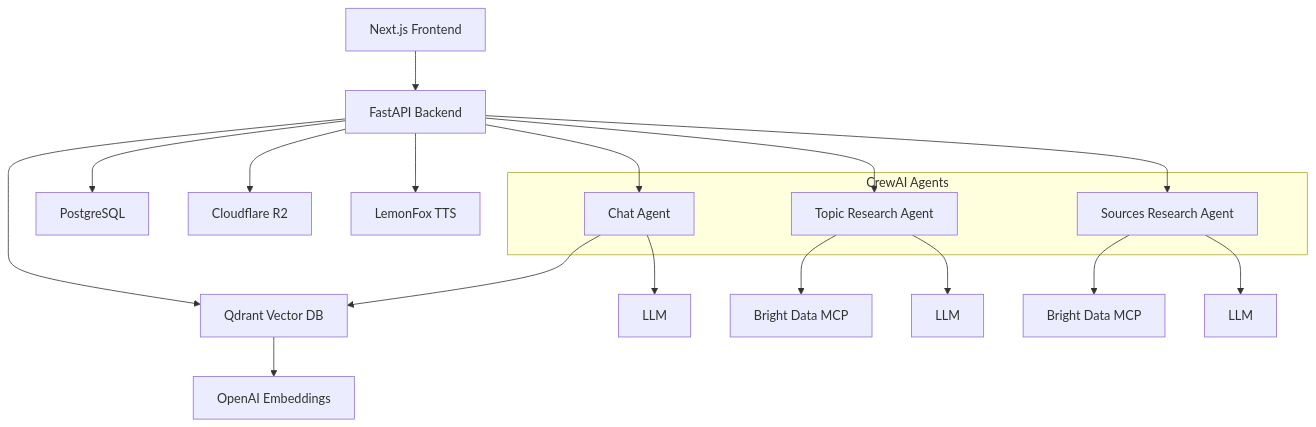
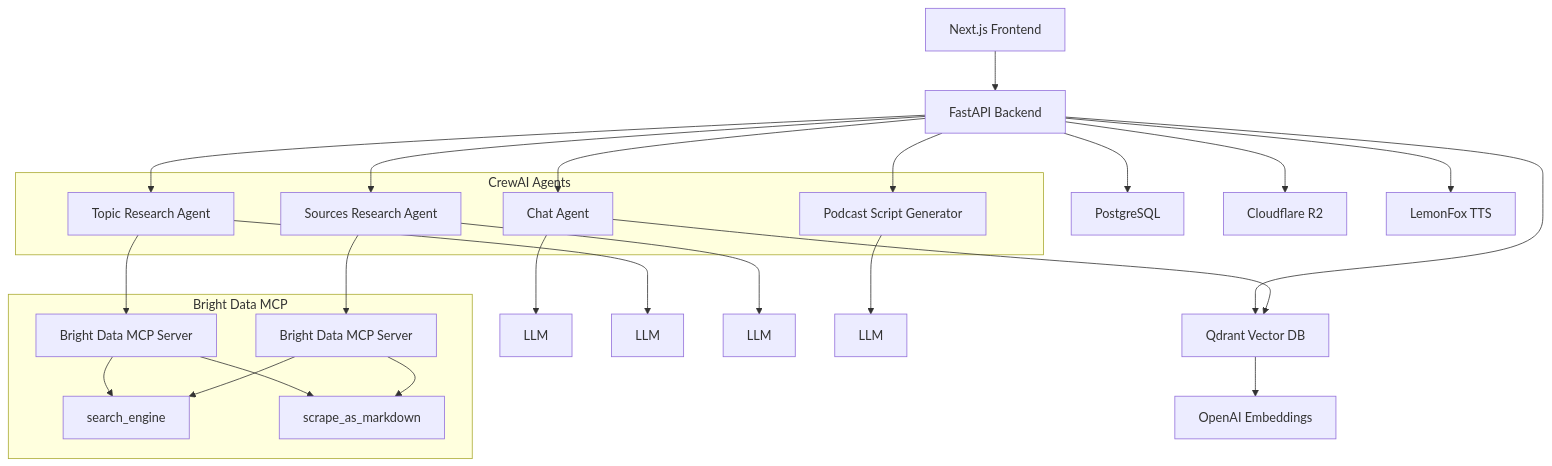
The diagram in README.md (nanagajui/decipher-research-agent), drawn with Mermaid before and after one commit. The commit also changed other lines of this file, not shown here.

Commit message:
Revise README to improve project overview, features, and installation instructions: Update architecture diagram to include Podcast Script Generator agent, enhance tech stack details, and clarify Bright Data MCP server setup for advanced web scraping capabilities.

````diff
--- a/README.md
+++ b/README.md
@@ -40,27 +40,37 @@
 ```mermaid
 graph TB
     A[Next.js Frontend] --> B[FastAPI Backend]
 
     subgraph CrewAI Agents
         C1[Chat Agent]
         C2[Topic Research Agent]
         C3[Sources Research Agent]
+        C4[Podcast Script Generator]
     end
 
     B --> C1
     B --> C2
     B --> C3
+    B --> C4
     B --> D[Qdrant Vector DB]
     B --> E[PostgreSQL]
     B --> F[Cloudflare R2]
     B --> H[LemonFox TTS]
 
     C1 --> D
     C1 --> I1[LLM]
-    C2 --> G1[Bright Data MCP]
+    C2 --> G1[Bright Data MCP Server]
     C2 --> I2[LLM]
-    C3 --> G2[Bright Data MCP]
+    C3 --> G2[Bright Data MCP Server]
     C3 --> I3[LLM]
+    C4 --> I4[LLM]
+
+    subgraph Bright Data MCP
+        G1 --> K1[search_engine]
+        G1 --> K2[scrape_as_markdown]
+        G2 --> K1
+        G2 --> K2
+    end
 
     D --> J[OpenAI Embeddings]
 ```
````
